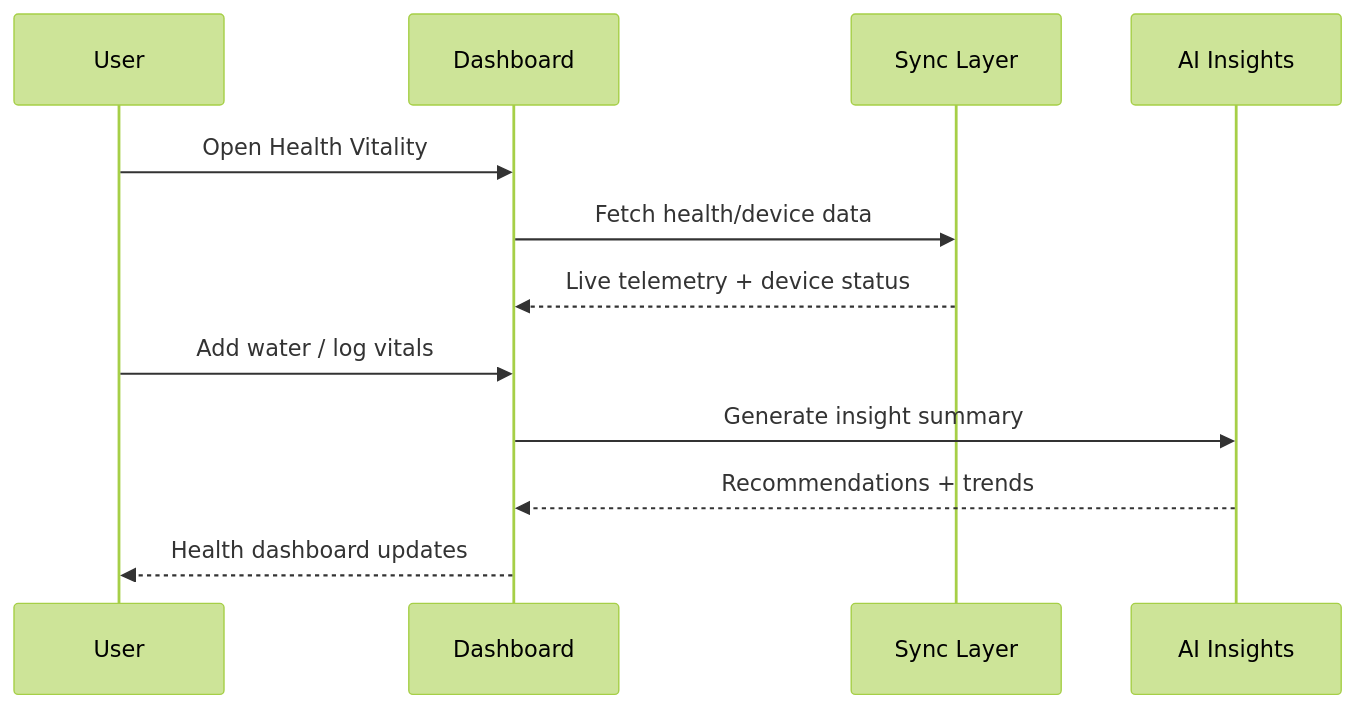
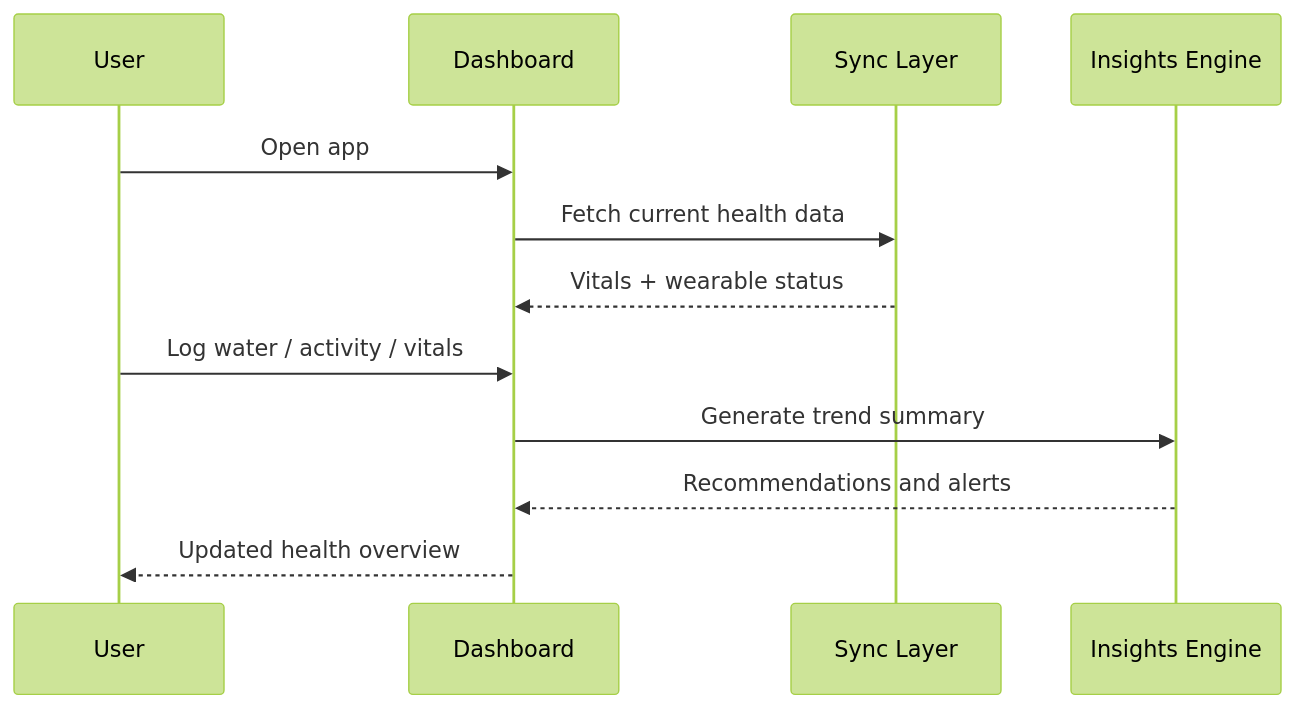
One commit to sameer10237/health-vitality changed the second of 3 diagrams in README.md. Above: the diagram before and after it, drawn with Mermaid (forest theme). The commit also changed other lines of this file, not shown here.

````diff
--- a/README.md
+++ b/README.md
@@ -61,15 +56,15 @@
 ```mermaid
 sequenceDiagram
     participant U as User
     participant D as Dashboard
     participant S as Sync Layer
-    participant A as AI Insights
+    participant A as Insights Engine
 
-    U->>D: Open Health Vitality
-    D->>S: Fetch health/device data
-    S-->>D: Live telemetry + device status
-    U->>D: Add water / log vitals
-    D->>A: Generate insight summary
-    A-->>D: Recommendations + trends
-    D-->>U: Health dashboard updates
+    U->>D: Open app
+    D->>S: Fetch current health data
+    S-->>D: Vitals + wearable status
+    U->>D: Log water / activity / vitals
+    D->>A: Generate trend summary
+    A-->>D: Recommendations and alerts
+    D-->>U: Updated health overview
 ```
````
